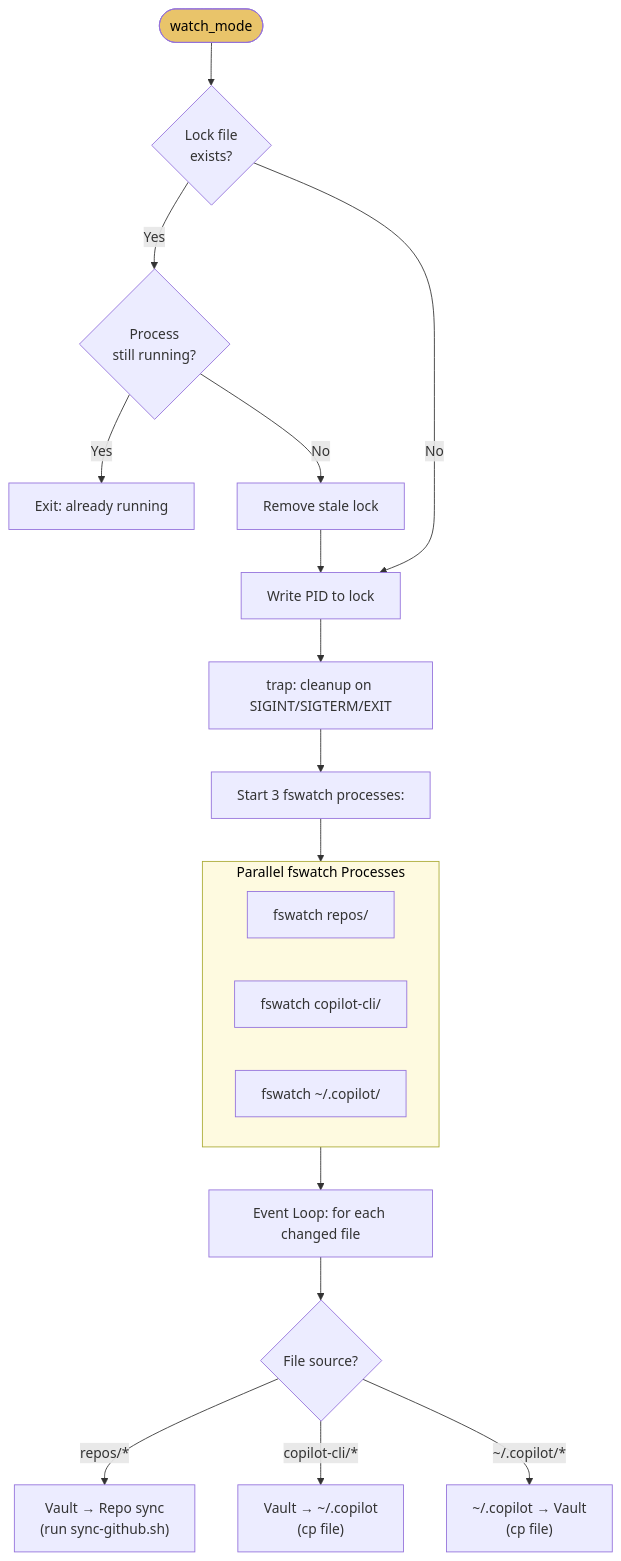
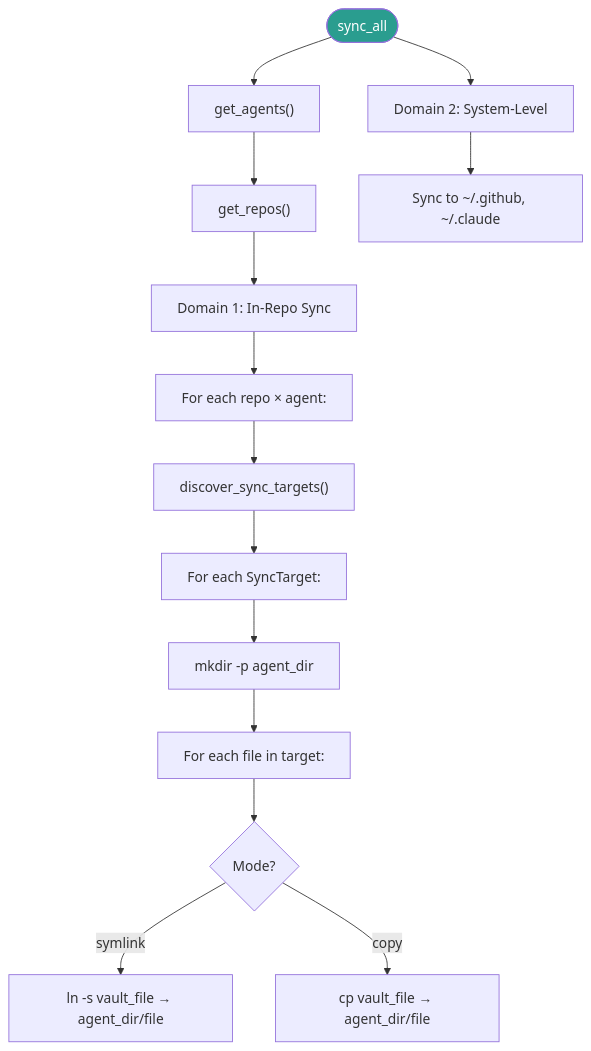
One commit to ElliottBregni/obscura changed the eighth of 16 diagrams in docs/DESIGN-DIAGRAMS.md. Above: the diagram before and after it, drawn with Mermaid. The commit also changed other lines of this file and 35 other files, not shown here.

````diff
--- a/docs/DESIGN-DIAGRAMS.md
+++ b/docs/DESIGN-DIAGRAMS.md
@@ -474,30 +281,20 @@
 ```mermaid
 flowchart TD
-    WM([watch_mode]) --> CheckLock{Lock file<br/>exists?}
-    CheckLock -->|Yes| CheckPid{"Process<br/>still running?"}
-    CheckPid -->|Yes| ErrRunning["Exit: already running"]
-    CheckPid -->|No| RemoveLock["Remove stale lock"]
-    CheckLock -->|No| WriteLock["Write PID to lock"]
-    RemoveLock --> WriteLock
+    SA([sync_all]) --> GetAgents["get_agents()"]
+    GetAgents --> GetRepos["get_repos()"]
+    GetRepos --> Domain1["Domain 1: In-Repo Sync"]
 
-    WriteLock --> SetTrap["trap: cleanup on SIGINT/SIGTERM/EXIT"]
-    SetTrap --> StartWatch["Start 3 fswatch processes:"]
+    Domain1 --> ForRepo["For each repo × agent:"]
+    ForRepo --> Discover["discover_sync_targets()"]
+    Discover --> ForTarget["For each SyncTarget:"]
+    ForTarget --> CreateDir["mkdir -p agent_dir"]
+    CreateDir --> ForFile["For each file in target:"]
+    ForFile --> ModeCheck{Mode?}
+    ModeCheck -->|symlink| Symlink["ln -s vault_file → agent_dir/file"]
+    ModeCheck -->|copy| Copy["cp vault_file → agent_dir/file"]
 
-    subgraph Watchers["Parallel fswatch Processes"]
-        W1["fswatch repos/"]
-        W2["fswatch copilot-cli/"]
-        W3["fswatch ~/.copilot/"]
-    end
+    SA --> Domain2["Domain 2: System-Level"]
+    Domain2 --> SysSync["Sync to ~/.github, ~/.claude"]
 
-    StartWatch --> Watchers
-    Watchers --> EventLoop["Event Loop: for each changed file"]
-
-    EventLoop --> Route{File source?}
-
-    Route -->|"repos/*"| VaultToRepo["Vault → Repo sync<br/>(run sync-github.sh)"]
-    Route -->|"copilot-cli/*"| VaultToCopilot["Vault → ~/.copilot<br/>(cp file)"]
-    Route -->|"~/.copilot/*"| CopilotToVault["~/.copilot → Vault<br/>(cp file)"]
-
-    style WM fill:#e9c46a,color:#000
-    style Watchers fill:#fefae0,color:#000
+    style SA fill:#2a9d8f,color:#fff
 ```
````
